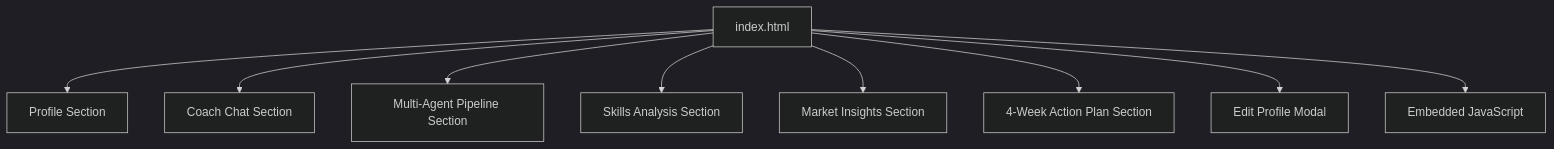
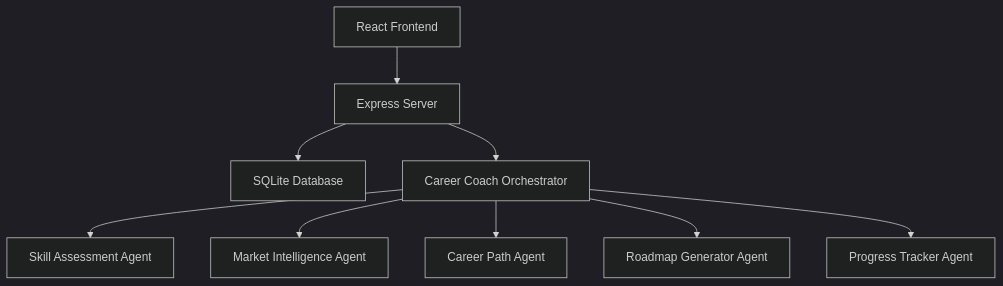
Before and after one commit to Alishba-Moin/CareerCompass: the first of 9 diagrams in .qoder/repowiki/en/content/Core Features/Core Features.md, drawn with Mermaid (dark theme). The commit also changed other lines of this file and 38 other files, not shown here.

Commit message:
Add Roadmap pdf download option

````diff
--- a/.qoder/repowiki/en/content/Core Features/Core Features.md
+++ b/.qoder/repowiki/en/content/Core Features/Core Features.md
@@ -30,11 +53,11 @@
 ```mermaid
 graph TB
-A["index.html"] --> B["Profile Section"]
-A --> C["Coach Chat Section"]
-A --> D["Multi-Agent Pipeline Section"]
-A --> E["Skills Analysis Section"]
-A --> F["Market Insights Section"]
-A --> G["4-Week Action Plan Section"]
-A --> H["Edit Profile Modal"]
-A --> I["Embedded JavaScript"]
+A["React Frontend"] --> B["Express Server"]
+B --> C["SQLite Database"]
+B --> D["Career Coach Orchestrator"]
+D --> E["Skill Assessment Agent"]
+D --> F["Market Intelligence Agent"]
+D --> G["Career Path Agent"]
+D --> H["Roadmap Generator Agent"]
+D --> I["Progress Tracker Agent"]
 ```
````
